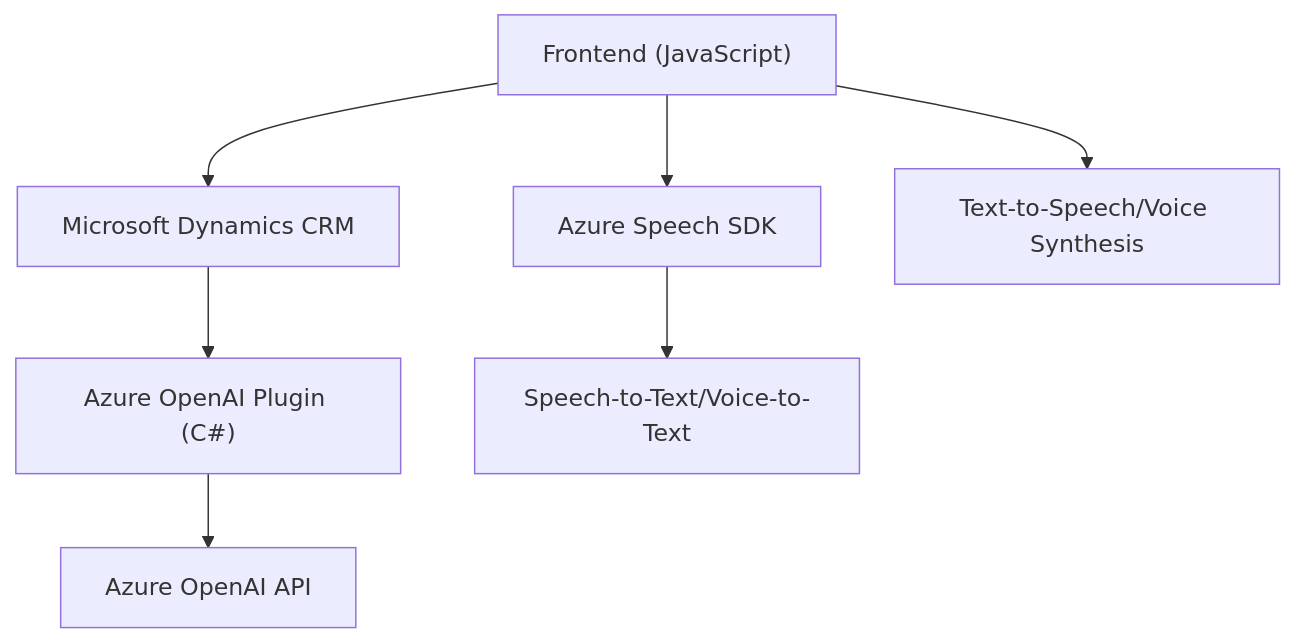
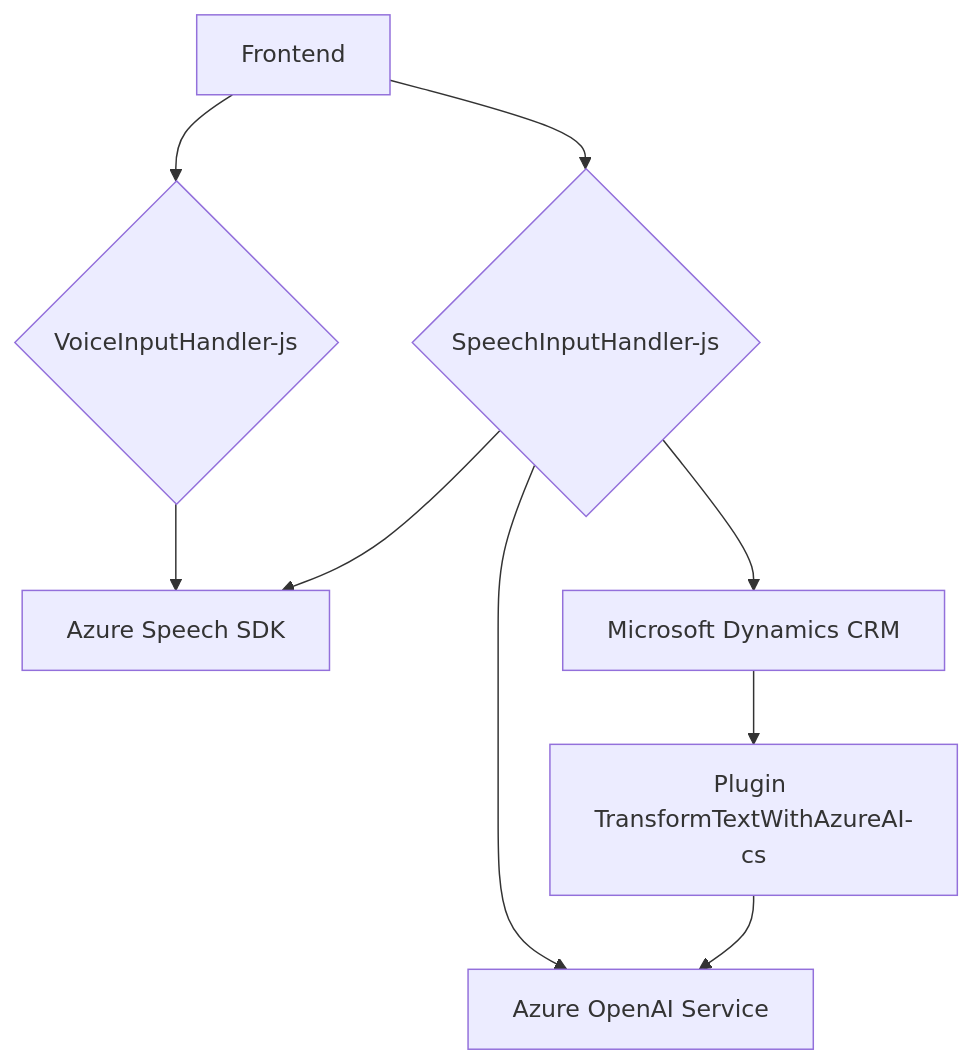
One commit to blopezdm/NETCORE_BILBAO2025 changed the diagram in README.md. Above: the diagram before and after it, drawn with Mermaid. The commit also changed other lines of this file, not shown here.

````diff
--- a/README.md
+++ b/README.md
@@ -59,17 +42,19 @@
 ```mermaid
 graph TD
-    A["Frontend (JavaScript)"]
-    B["Azure Speech SDK"]
-    C["Microsoft Dynamics CRM"]
-    D["Azure OpenAI Plugin (C#)"]
-    E["Azure OpenAI API"]
-    F["Speech-to-Text/Voice-to-Text"]
-    G["Text-to-Speech/Voice Synthesis"]
+A["Frontend"]
+B{"VoiceInputHandler-js"}
+C{"SpeechInputHandler-js"}
+D["Azure Speech SDK"]
+E["Plugin TransformTextWithAzureAI-cs"]
+F["Microsoft Dynamics CRM"]
+G["Azure OpenAI Service"]
 
-    A --> B
-    B --> F
-    A --> G
-    A --> C
-    C --> D
-    D --> E
+A-->B
+A-->C
+B-->D
+C-->D
+C-->F
+C-->G
+F-->E
+E-->G
 ```
````
